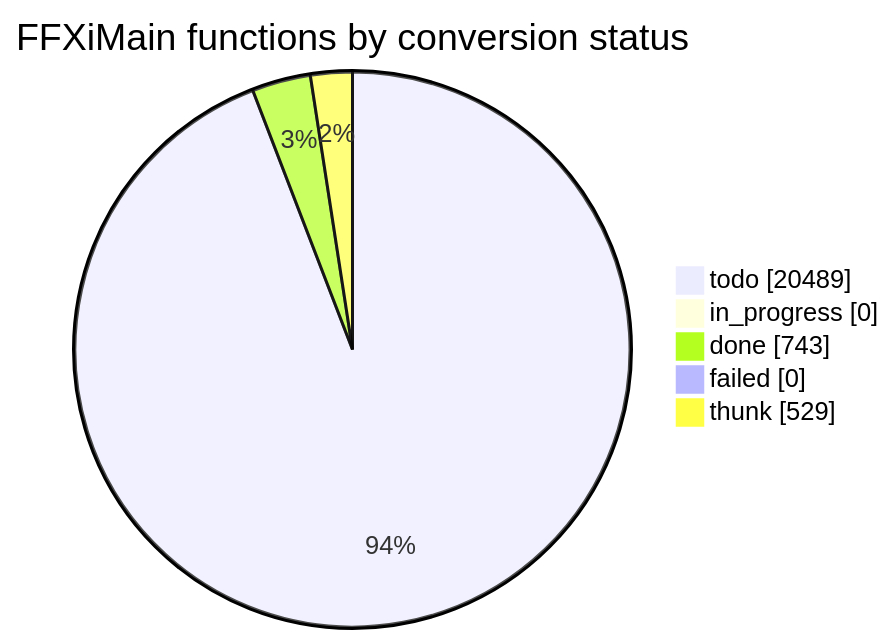
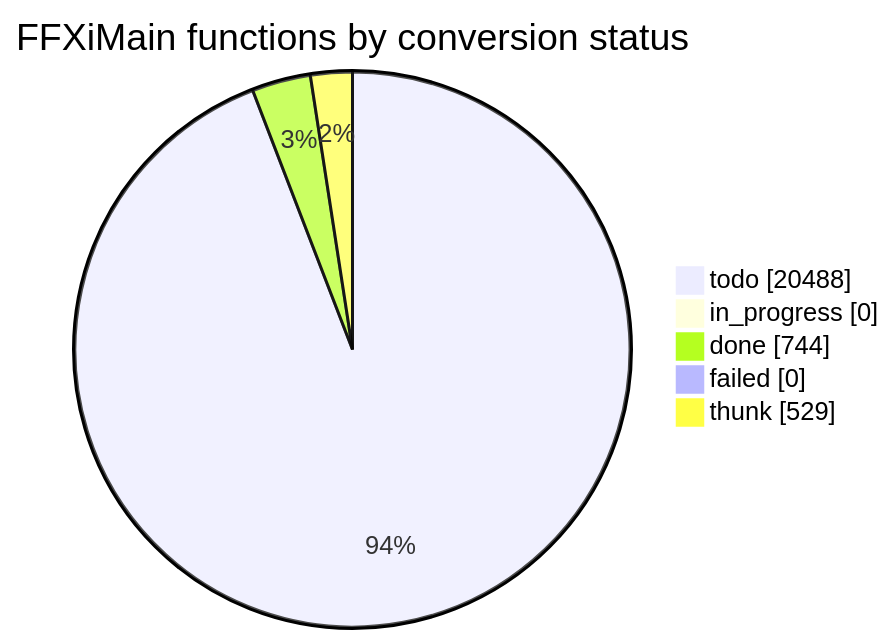
Before and after one commit to cowrevenge/cow_kuluu_xi_anything: the diagram in docs/cow/STATUS.md, drawn with Mermaid. The commit also changed other lines of this file and 9 other files, not shown here.

````diff
--- a/docs/cow/STATUS.md
+++ b/docs/cow/STATUS.md
@@ -18,9 +18,9 @@
 ```mermaid
 pie showData
     title FFXiMain functions by conversion status
-    "todo" : 20489
+    "todo" : 20488
     "in_progress" : 0
-    "done" : 743
+    "done" : 744
     "failed" : 0
     "thunk" : 529
 ```
````
